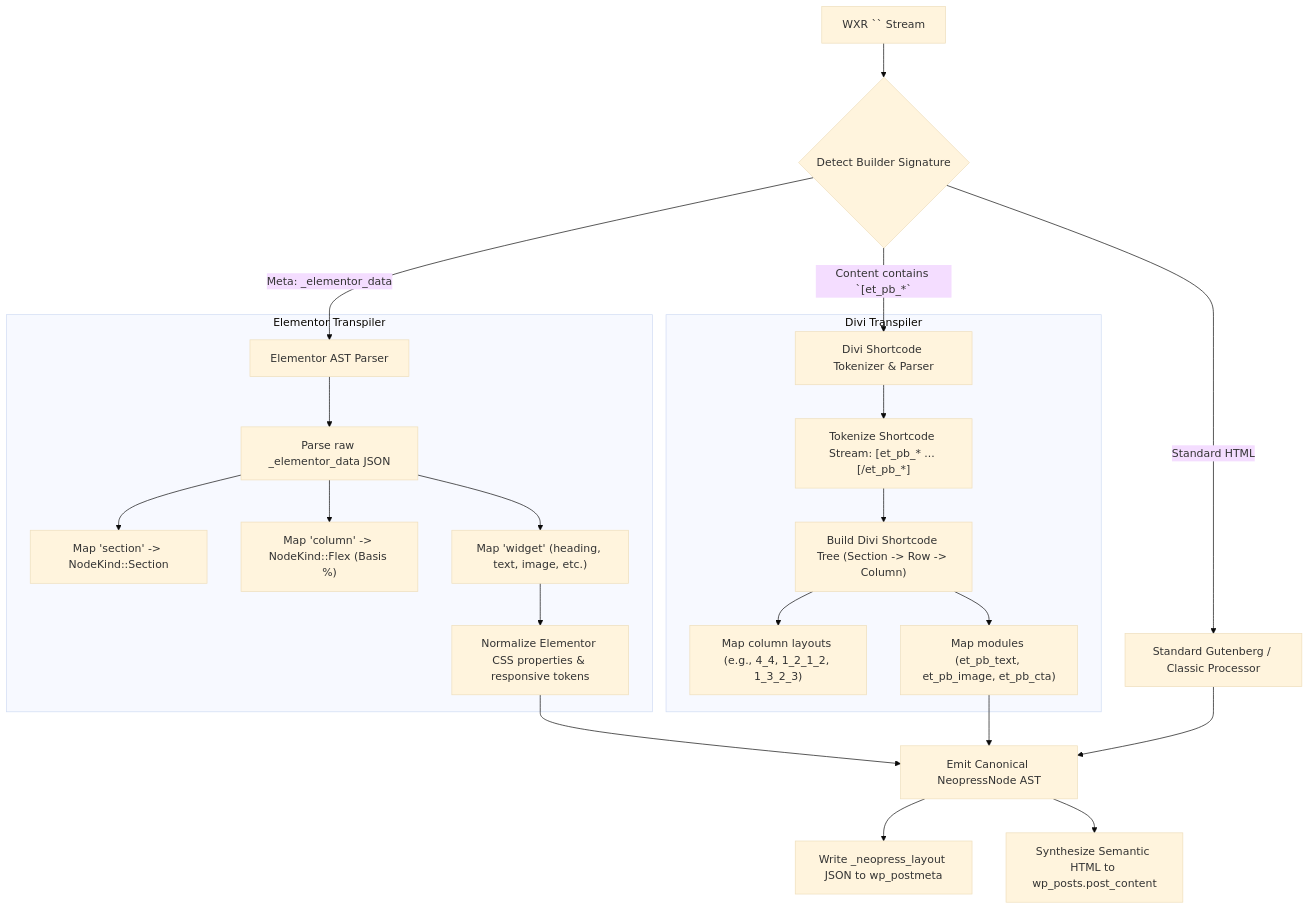
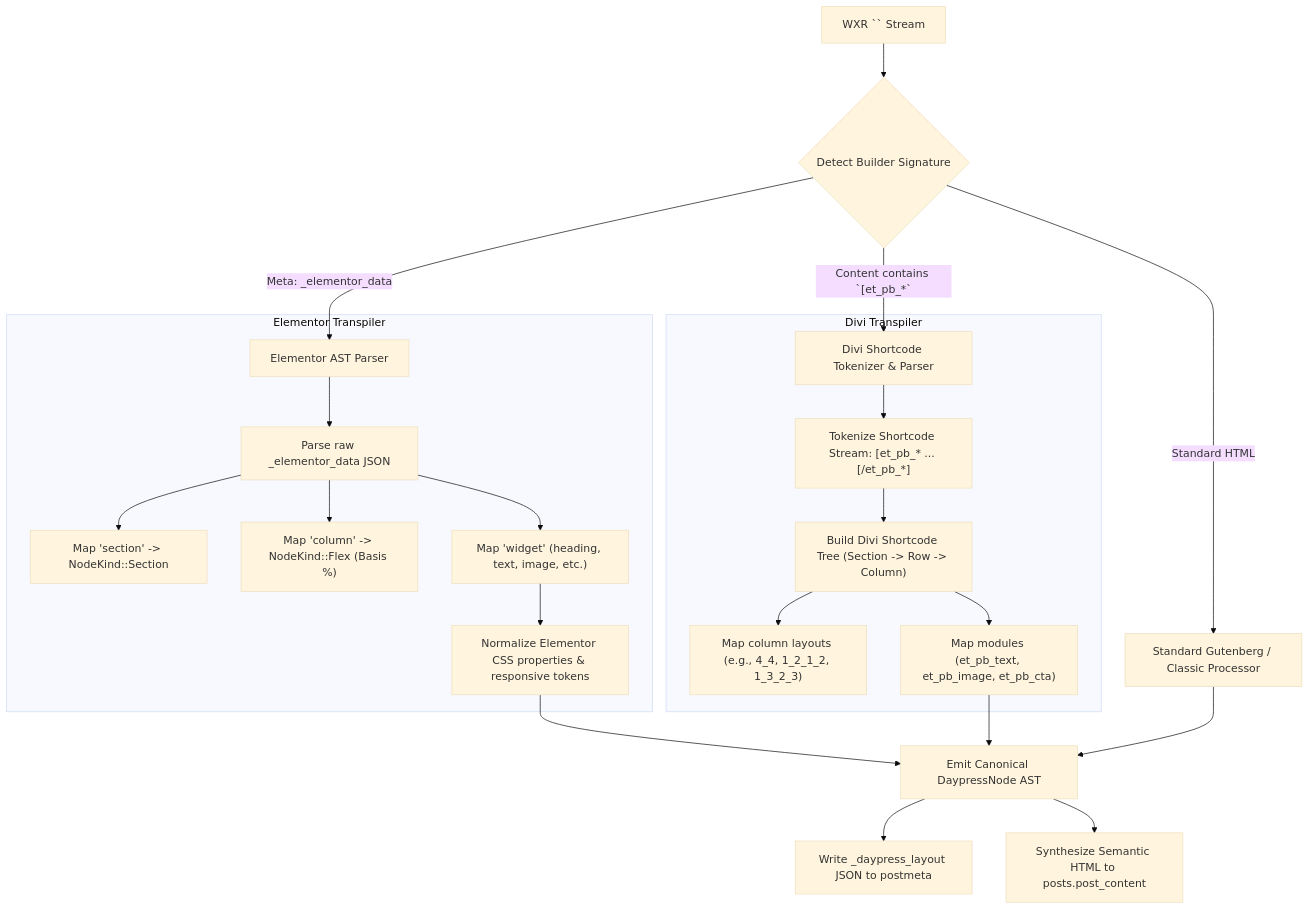
One commit to Trooper-lab/Daypress changed the fourth of 10 diagrams in ARCHITECTURE.md. Above: the diagram before and after it, drawn with Mermaid (base theme). The commit also changed other lines of this file and 704 other files, not shown here.

First line of the commit message:
feat!: rebrand Neopress to Daypress (#4)

````diff
--- a/ARCHITECTURE.md
+++ b/ARCHITECTURE.md
@@ -349,30 +349,30 @@
 ```mermaid
 flowchart TD
     WXRItem["WXR `<item>` Stream"] --> DetectBuilder{"Detect Builder Signature"}
 
     DetectBuilder -->|"Meta: _elementor_data"| ElementorPipeline["Elementor AST Parser"]
     DetectBuilder -->|"Content contains `[et_pb_*`"| DiviPipeline["Divi Shortcode Tokenizer & Parser"]
     DetectBuilder -->|"Standard HTML"| StandardPipeline["Standard Gutenberg / Classic Processor"]
 
     subgraph Elementor Transpiler
         ElementorPipeline --> ParseJSON["Parse raw _elementor_data JSON"]
         ParseJSON --> ElemSection["Map 'section' -> NodeKind::Section"]
         ParseJSON --> ElemCol["Map 'column' -> NodeKind::Flex (Basis %)"]
         ParseJSON --> ElemWidget["Map 'widget' (heading, text, image, etc.)"]
         ElemWidget --> ElemStyle["Normalize Elementor CSS properties & responsive tokens"]
     end
 
     subgraph Divi Transpiler
         DiviPipeline --> DiviLexer["Tokenize Shortcode Stream: [et_pb_* ... [/et_pb_*]"]
         DiviLexer --> DiviTree["Build Divi Shortcode Tree (Section -> Row -> Column)"]
         DiviTree --> DiviLayout["Map column layouts (e.g., 4_4, 1_2_1_2, 1_3_2_3)"]
         DiviTree --> DiviModules["Map modules (et_pb_text, et_pb_image, et_pb_cta)"]
     end
 
-    ElemStyle --> EmitCanonical["Emit Canonical NeopressNode AST"]
+    ElemStyle --> EmitCanonical["Emit Canonical DaypressNode AST"]
     DiviModules --> EmitCanonical
     StandardPipeline --> EmitCanonical
 
-    EmitCanonical --> PersistPostMeta["Write _neopress_layout JSON to wp_postmeta"]
-    EmitCanonical --> SynthesizeHTML["Synthesize Semantic HTML to wp_posts.post_content"]
+    EmitCanonical --> PersistPostMeta["Write _daypress_layout JSON to postmeta"]
+    EmitCanonical --> SynthesizeHTML["Synthesize Semantic HTML to posts.post_content"]
 ```
````
